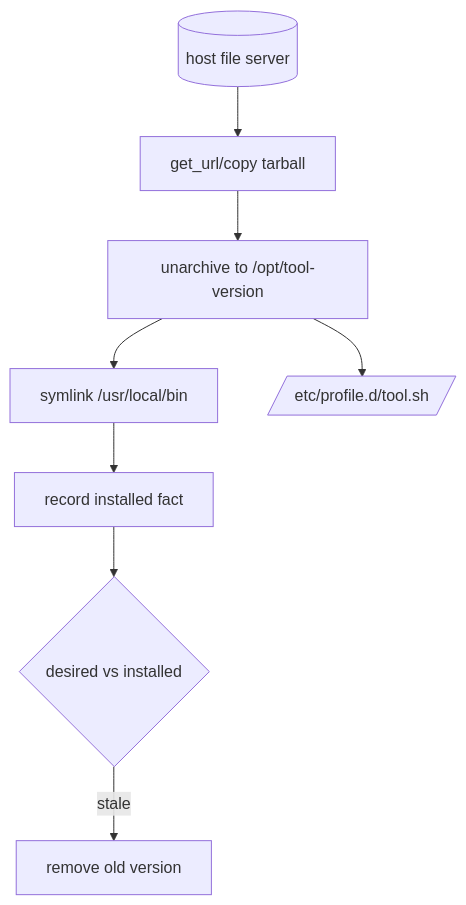
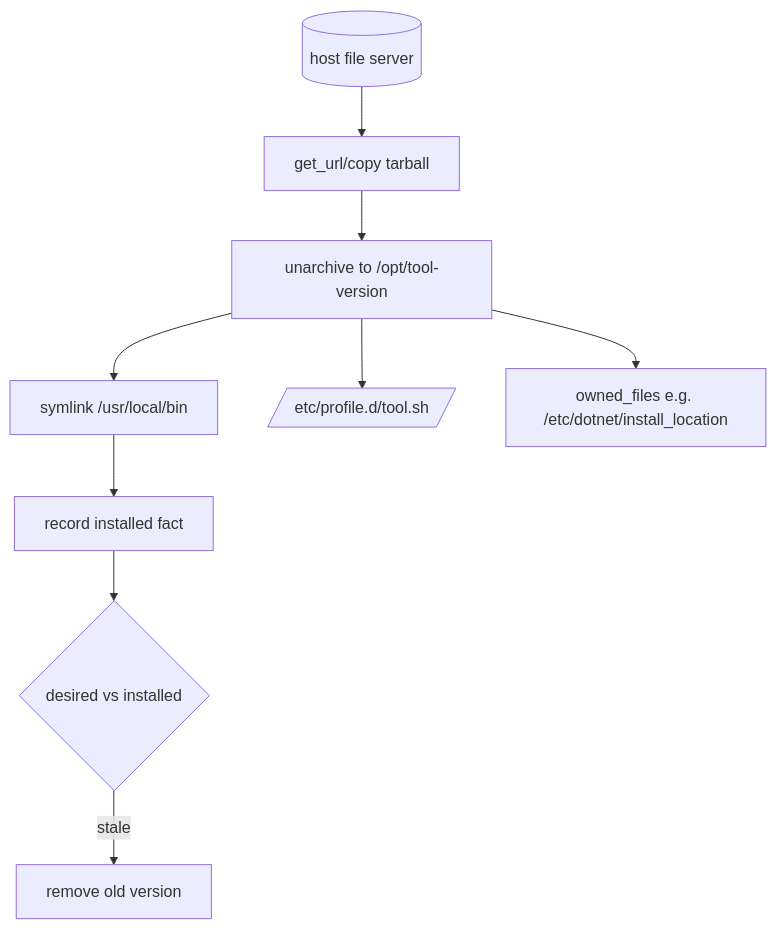
Diagram 13 of 29 in docs/dev/implementation/19-common-ansible-extraction-and-toolchain-provisioning/plan.md (Klark-Morrigan/Common-Ansible), drawn with Mermaid before and after one commit. The commit also changed other lines of this file and 5 other files, not shown here.

````diff
--- a/docs/dev/implementation/19-common-ansible-extraction-and-toolchain-provisioning/plan.md
+++ b/docs/dev/implementation/19-common-ansible-extraction-and-toolchain-provisioning/plan.md
@@ -644,10 +647,11 @@
 ```mermaid
 flowchart TD
   HFS[(host file server)] --> PULL[get_url/copy tarball]
   PULL --> UNP[unarchive to /opt/tool-version]
   UNP --> LN[symlink /usr/local/bin]
   UNP --> PD[/etc/profile.d/tool.sh/]
+  UNP --> OF[owned_files e.g. /etc/dotnet/install_location]
   LN --> FACT[record installed fact]
   FACT --> DIFF{desired vs installed}
   DIFF -->|stale| RM[remove old version]
 ```
````
